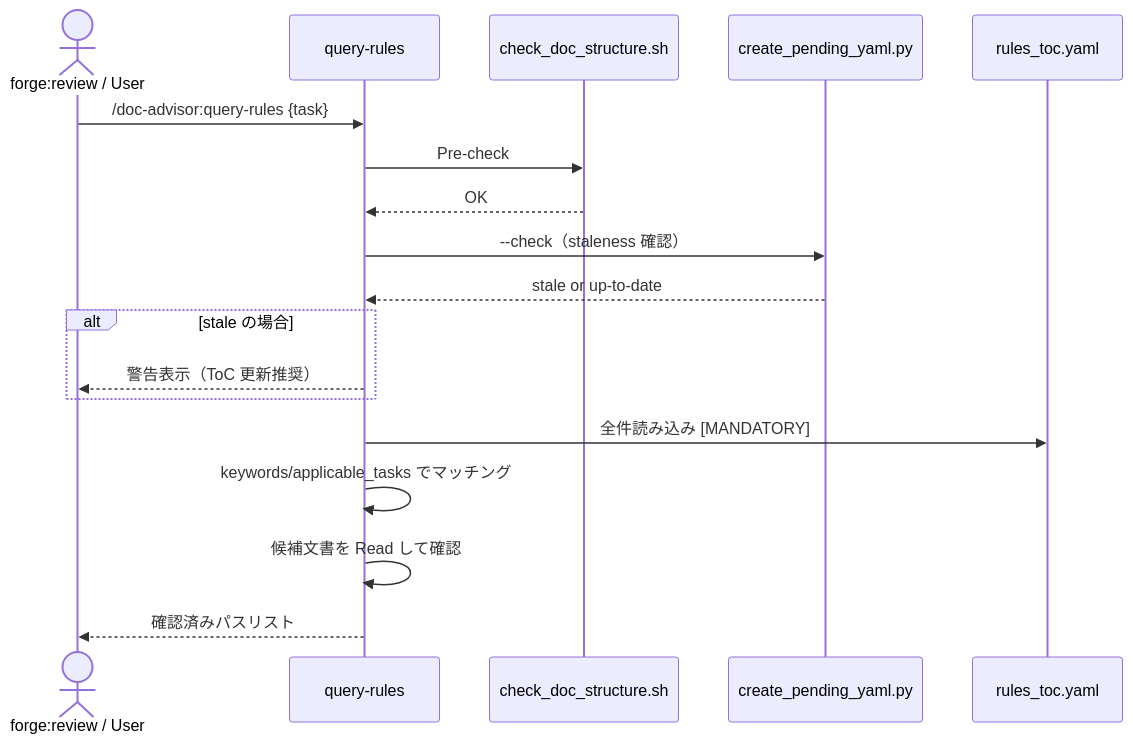
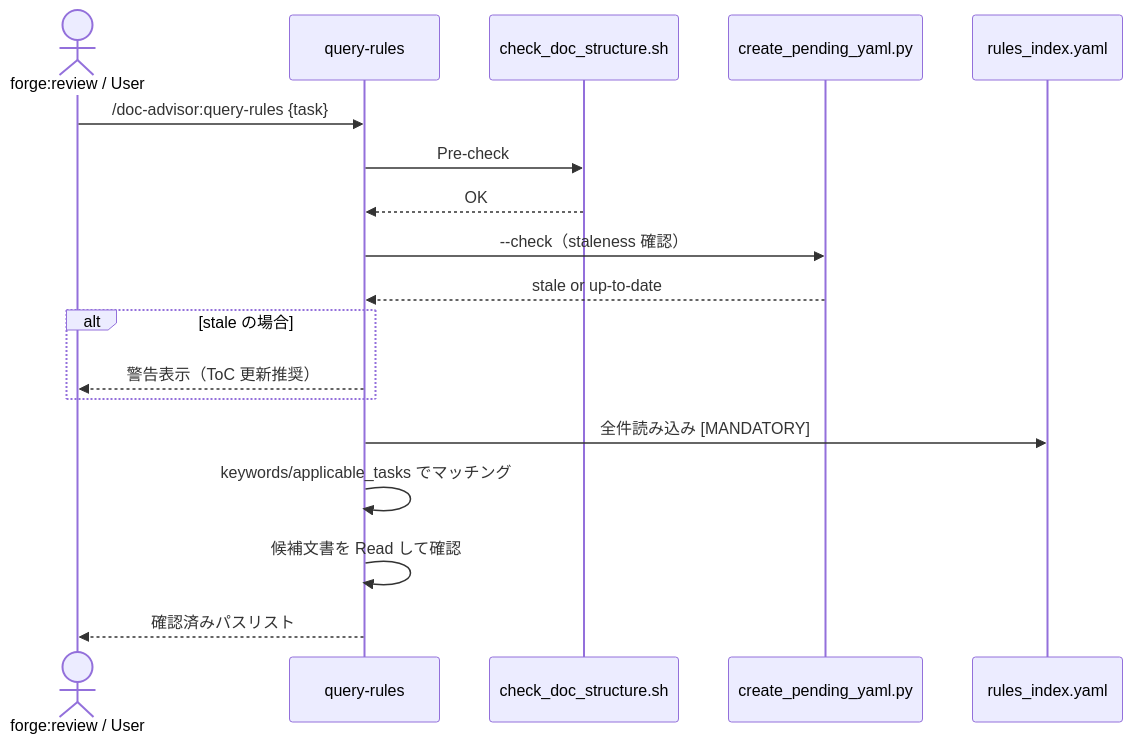
Before and after one commit to BlueEventHorizon/bw-cc-plugins: the third of 3 diagrams in docs/specs/doc-advisor/design/DES-001_plugin_migration_design.md, drawn with Mermaid. The commit also changed other lines of this file and 16 other files, not shown here.

````diff
--- a/docs/specs/doc-advisor/design/DES-001_plugin_migration_design.md
+++ b/docs/specs/doc-advisor/design/DES-001_plugin_migration_design.md
@@ -221,21 +221,21 @@
 ```mermaid
 sequenceDiagram
     actor Caller as forge:review / User
     participant Skill as query-rules
     participant CDS as check_doc_structure.sh
     participant CPY as create_pending_yaml.py
-    participant ToC as rules_toc.yaml
+    participant ToC as rules_index.yaml
 
     Caller->>Skill: /doc-advisor:query-rules {task}
     Skill->>CDS: Pre-check
     CDS-->>Skill: OK
     Skill->>CPY: --check（staleness 確認）
     CPY-->>Skill: stale or up-to-date
     alt stale の場合
         Skill-->>Caller: 警告表示（ToC 更新推奨）
     end
     Skill->>ToC: 全件読み込み [MANDATORY]
     Skill->>Skill: keywords/applicable_tasks でマッチング
     Skill->>Skill: 候補文書を Read して確認
     Skill-->>Caller: 確認済みパスリスト
 ```
````
